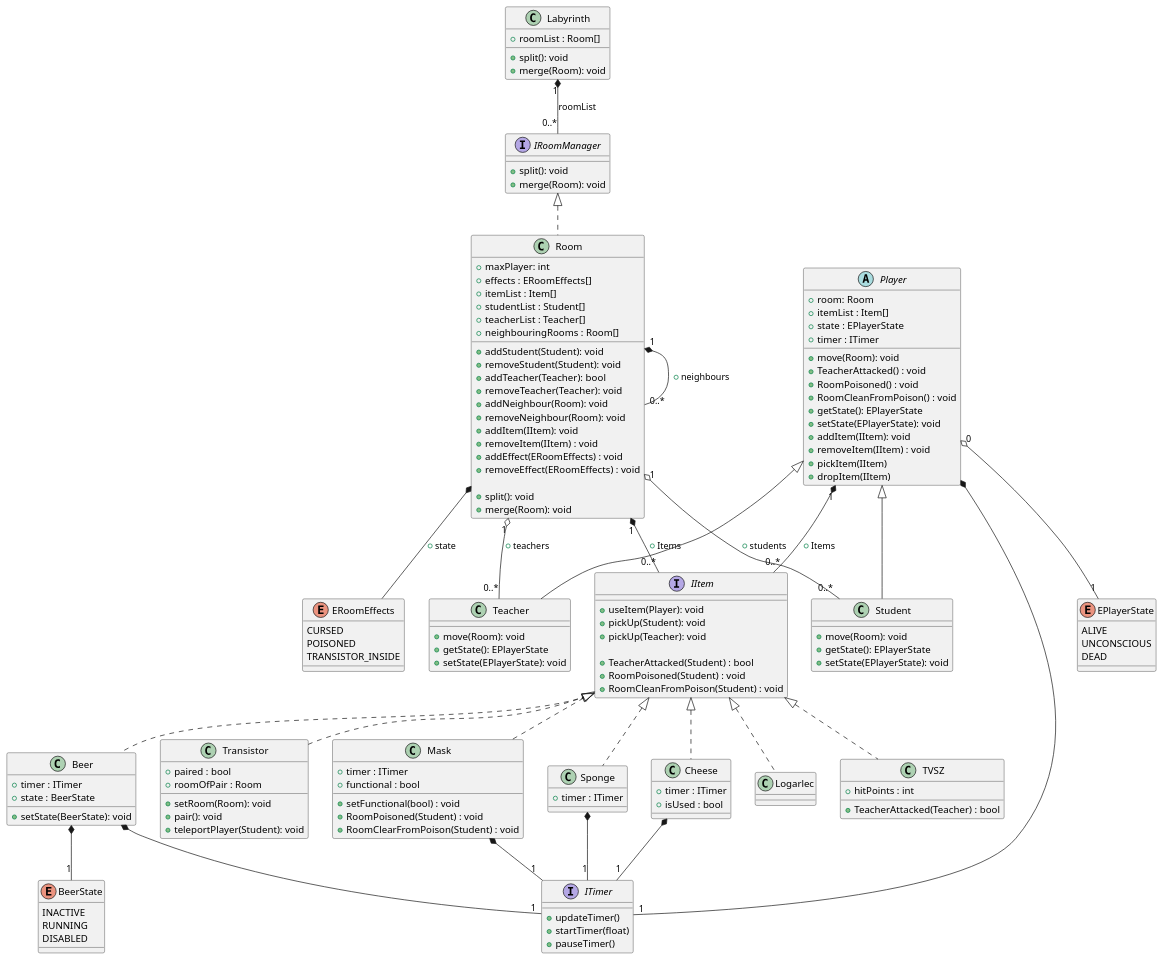
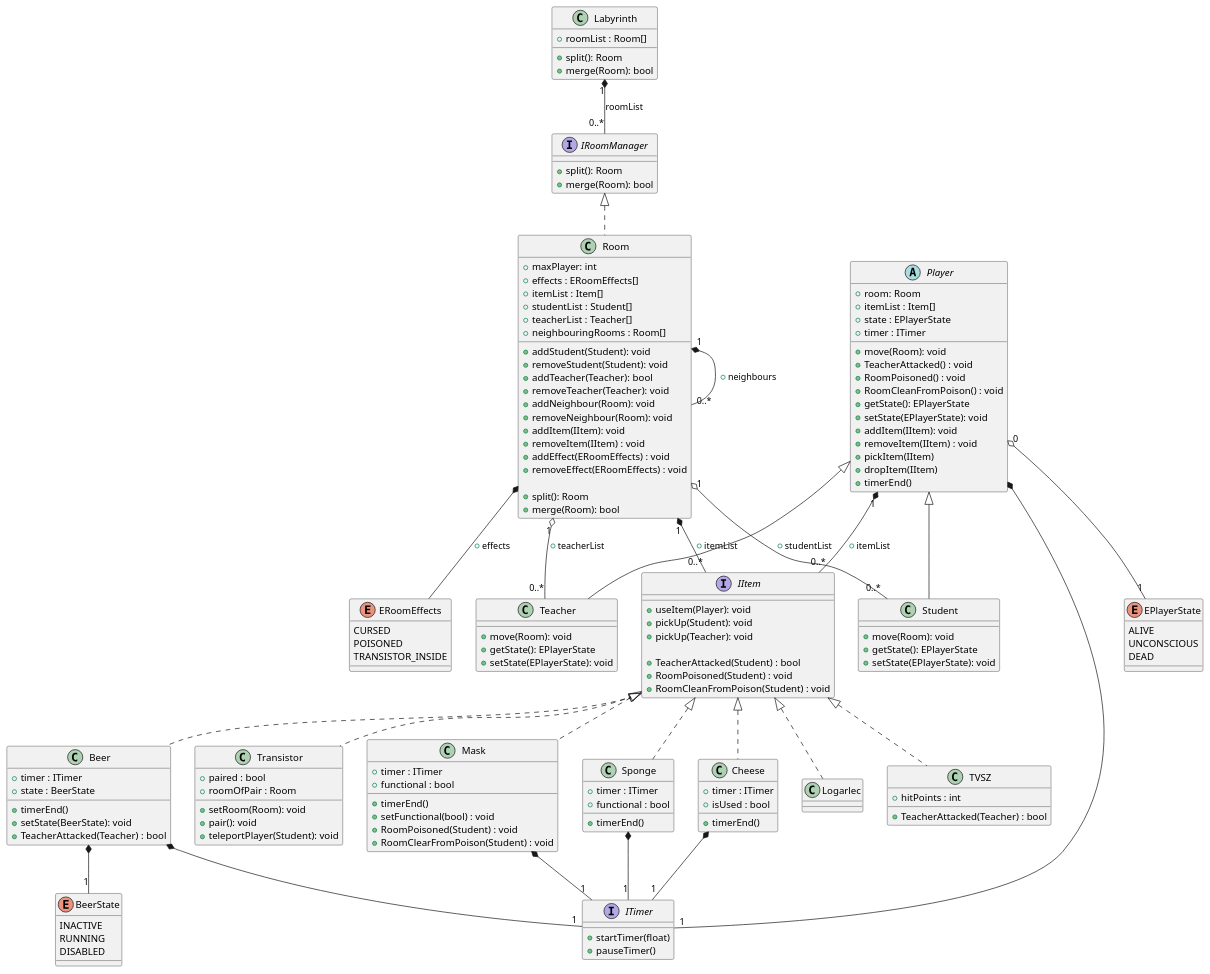
Before and after one commit to MBakter/echo: the diagram in Class_UML.plantuml, drawn with PlantUML. The commit also changed 6 other files, not shown here.

```diff
--- a/Class_UML.plantuml
+++ b/Class_UML.plantuml
@@ -1,175 +1,181 @@
 @startuml UML
 
 class Labyrinth {
     +roomList : Room[]
 
-    +split(): void
-    +merge(Room): void
+    + split(): Room
+    + merge(Room): bool
 }
 
 Labyrinth "1" *-- "0..*" IRoomManager: roomList
 
 interface IRoomManager {
-    + split(): void
-    + merge(Room): void
+    + split(): Room
+    + merge(Room): bool
 }
 
 /' Removed implementing IItemHolder '/
 class Room implements IRoomManager {
     + maxPlayer: int
     + effects : ERoomEffects[]
     + itemList : Item[]
     + studentList : Student[]
     + teacherList : Teacher[]
     + neighbouringRooms : Room[]
 
     + addStudent(Student): void
     + removeStudent(Student): void
     + addTeacher(Teacher): bool
     + removeTeacher(Teacher): void
     + addNeighbour(Room): void
     + removeNeighbour(Room): void
     + addItem(IItem): void
     + removeItem(IItem) : void
     + addEffect(ERoomEffects) : void
     + removeEffect(ERoomEffects) : void
 
-    + split(): void
-    + merge(Room): void
+    + split(): Room
+    + merge(Room): bool
 }
 
-Room "1" o-- "0..*" Student: + students
-Room "1" o-- "0..*" Teacher: + teachers
+Room "1" o-- "0..*" Student: + studentList
+Room "1" o-- "0..*" Teacher: + teacherList
 Room "1" *-- "0..*" Room: + neighbours
-Room "1" *-- "0..*" IItem: + Items
-Room *-- ERoomEffects: + state
+Room "1" *-- "0..*" IItem: + itemList
+Room *-- ERoomEffects: + effects
 
 
 enum EPlayerState {
     ALIVE
     UNCONSCIOUS
     DEAD
 }
 
 /' Removed implementing IItemHolder '/
 abstract class Player {
     + room: Room
     + itemList : Item[]
     + state : EPlayerState
     + timer : ITimer
 
     + move(Room): void
     + TeacherAttacked() : void
     + RoomPoisoned() : void
     + RoomCleanFromPoison() : void
     + getState(): EPlayerState
     + setState(EPlayerState): void
     + addItem(IItem): void
     + removeItem(IItem) : void
     + pickItem(IItem)
     + dropItem(IItem)
+    + timerEnd()
 }
 
 Player "0" o-- "1" EPlayerState
-Player "1" *-- "0..*" IItem: + Items
+Player "1" *-- "0..*" IItem: + itemList
 Player *-- "1" ITimer
 
 interface IItem {
     + useItem(Player): void
     + pickUp(Student): void
     + pickUp(Teacher): void
 
     + TeacherAttacked(Student) : bool
     + RoomPoisoned(Student) : void
     + RoomCleanFromPoison(Student) : void
 }
 
 class Teacher extends Player{
     + move(Room): void
     + getState(): EPlayerState
     + setState(EPlayerState): void
 }
 
 class Student extends Player{
     + move(Room): void
     + getState(): EPlayerState
     + setState(EPlayerState): void
 }
 
 /' interface IItemHolder {
     + addItemy(Item: Item): void
     + removeItem(Item: Item): void
 } '/
 
 enum ERoomEffects {
     CURSED
     POISONED
     TRANSISTOR_INSIDE
 }
 
 interface ITimer {
-    + updateTimer()
     + startTimer(float)
     + pauseTimer()
 }
 
 class TVSZ implements IItem {
     + hitPoints : int
 
     + TeacherAttacked(Teacher) : bool
 }
 
 class Transistor implements IItem  {
     + paired : bool
     + roomOfPair : Room
 
     + setRoom(Room): void
     + pair(): void
     + teleportPlayer(Student): void
 }
 
 enum BeerState {
     INACTIVE
     RUNNING
     DISABLED
 }
 
 class Beer implements IItem {
     + timer : ITimer
     + state : BeerState
-
+    
+    + timerEnd()
     + setState(BeerState): void
+    + TeacherAttacked(Teacher) : bool
 }
 Beer *-- "1" ITimer
 Beer *-- "1" BeerState
 
 class Mask implements IItem  {
     + timer : ITimer
     + functional : bool
 
+    + timerEnd()
     + setFunctional(bool) : void
     + RoomPoisoned(Student) : void
     + RoomClearFromPoison(Student) : void
 
 }
 Mask *-- "1" ITimer
 
 class Sponge  implements IItem {
     + timer : ITimer
+    + functional : bool
 
+    + timerEnd()
 }
 Sponge *-- "1" ITimer
 
 class Cheese  implements IItem {
     + timer : ITimer
     + isUsed : bool
 
+    + timerEnd()
 }
 Cheese *-- "1" ITimer
 
 class Logarlec  implements IItem  {
 }
 
 
 
 @enduml
```
